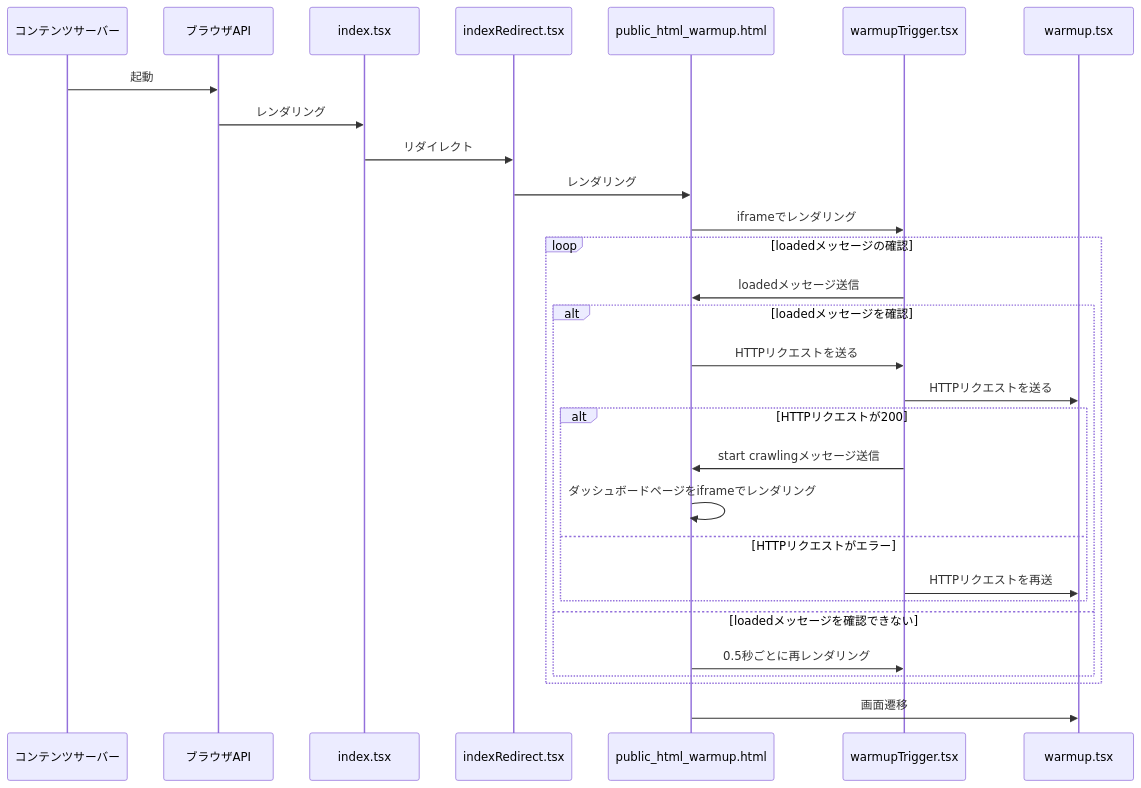
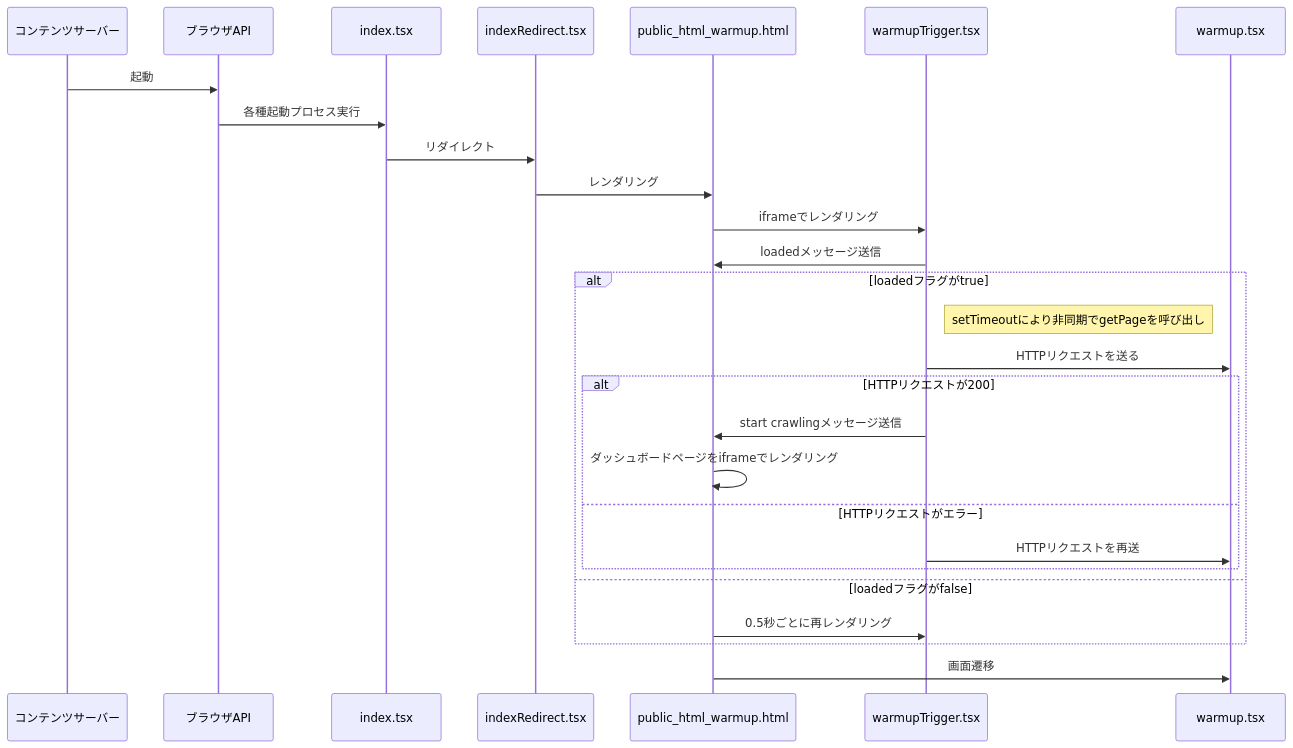
One commit to yasuhikasa/nextjs-div-practice changed the diagram in test.md. Above: the diagram before and after it, drawn with Mermaid.

````diff
--- a/test.md
+++ b/test.md
@@ -1,35 +1,33 @@
 ```mermaid
 sequenceDiagram
     participant コンテンツサーバー
     participant ブラウザAPI
     participant index.tsx
     participant indexRedirect.tsx
     participant public_html_warmup.html
     participant warmupTrigger.tsx
     participant warmup.tsx
 
     コンテンツサーバー->>ブラウザAPI: 起動
-    ブラウザAPI->>index.tsx: レンダリング
+    ブラウザAPI->>index.tsx: 各種起動プロセス実行
     index.tsx->>indexRedirect.tsx: リダイレクト
     indexRedirect.tsx->>public_html_warmup.html: レンダリング
     public_html_warmup.html->>warmupTrigger.tsx: iframeでレンダリング
-    loop loadedメッセージの確認
-        warmupTrigger.tsx->>public_html_warmup.html: loadedメッセージ送信
-        alt loadedメッセージを確認
-            public_html_warmup.html->>warmupTrigger.tsx: HTTPリクエストを送る
-            warmupTrigger.tsx->>warmup.tsx: HTTPリクエストを送る
-            alt HTTPリクエストが200
-                warmupTrigger.tsx->>public_html_warmup.html: start crawlingメッセージ送信
-                public_html_warmup.html->>public_html_warmup.html: ダッシュボードページをiframeでレンダリング
-            else HTTPリクエストがエラー
-                warmupTrigger.tsx->>warmup.tsx: HTTPリクエストを再送
-            end
-        else loadedメッセージを確認できない
-            public_html_warmup.html->>warmupTrigger.tsx: 0.5秒ごとに再レンダリング
+    warmupTrigger.tsx->>public_html_warmup.html: loadedメッセージ送信
+    alt loadedフラグがtrue
+        Note right of warmupTrigger.tsx: setTimeoutにより非同期でgetPageを呼び出し
+
+        warmupTrigger.tsx->>warmup.tsx: HTTPリクエストを送る
+        alt HTTPリクエストが200
+            warmupTrigger.tsx->>public_html_warmup.html: start crawlingメッセージ送信
+            public_html_warmup.html->>public_html_warmup.html: ダッシュボードページをiframeでレンダリング
+        else HTTPリクエストがエラー
+            warmupTrigger.tsx->>warmup.tsx: HTTPリクエストを再送
         end
+    else loadedフラグがfalse
+        public_html_warmup.html->>warmupTrigger.tsx: 0.5秒ごとに再レンダリング
     end
     public_html_warmup.html->>warmup.tsx: 画面遷移
 
 
-
 ```
````
